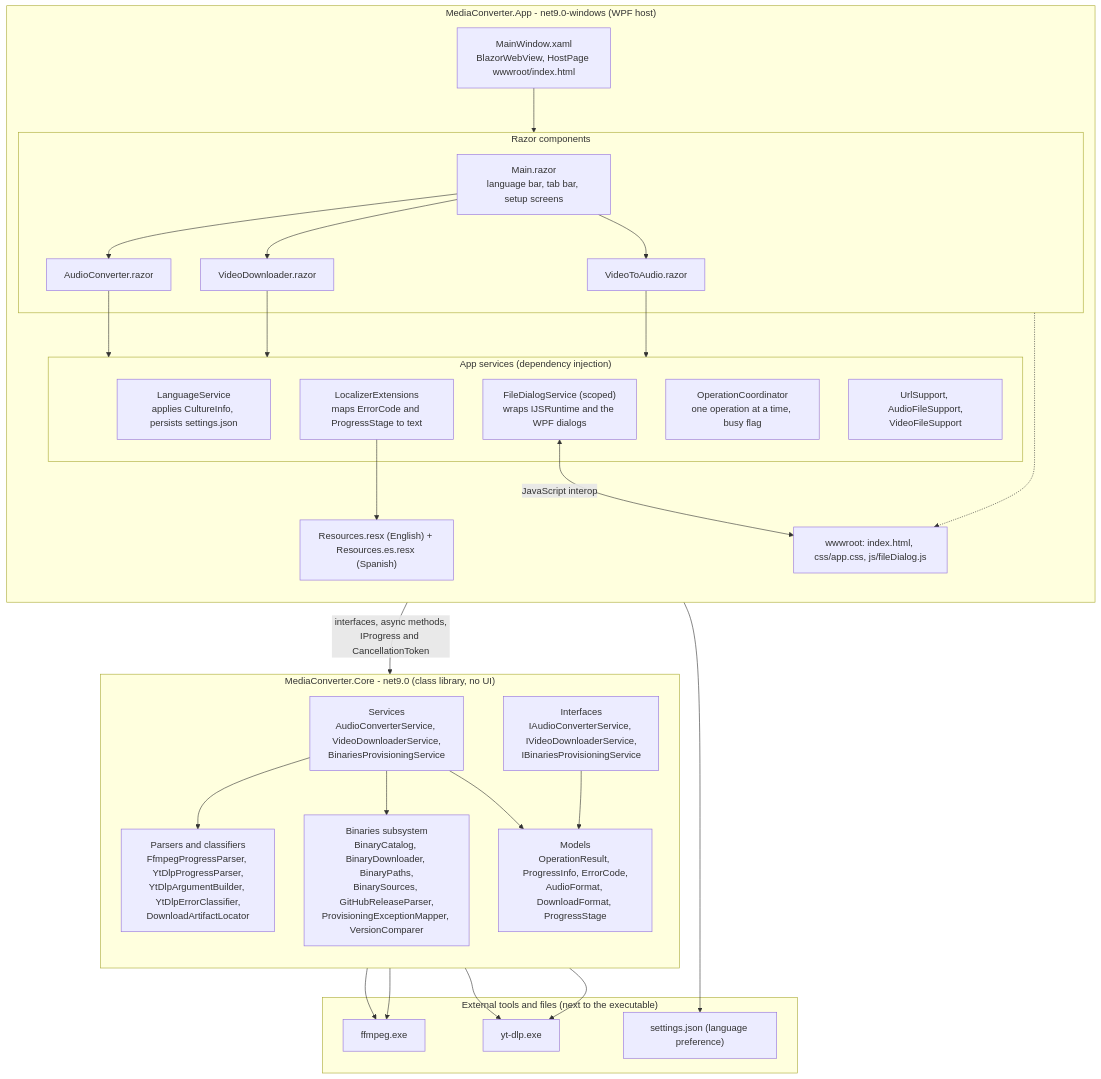
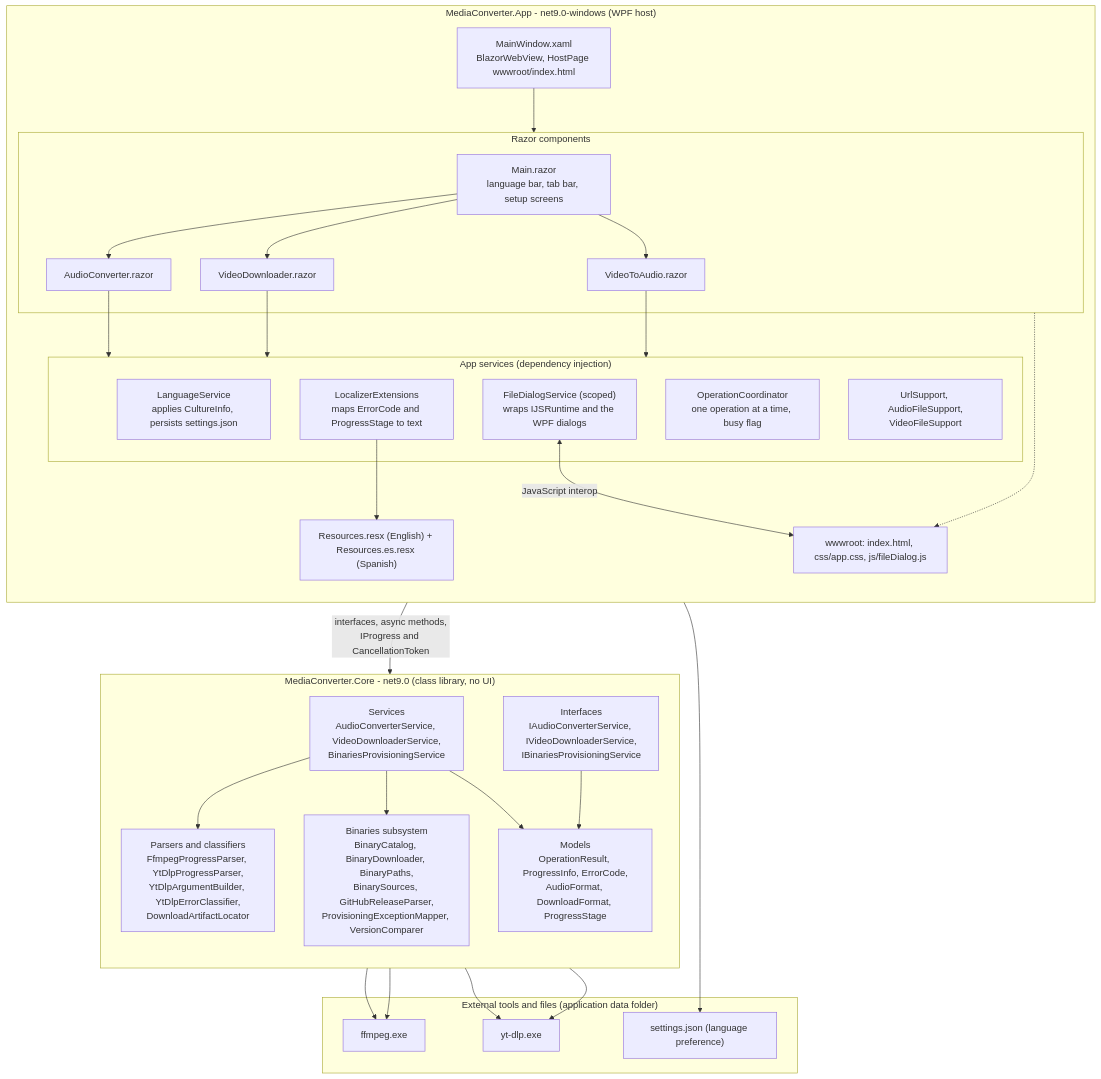
Before and after one commit to Starlord71/Streamlite: the diagram in docs/diagrams/architecture.md, drawn with Mermaid. The commit also changed 24 other files, not shown here.

````diff
--- a/docs/diagrams/architecture.md
+++ b/docs/diagrams/architecture.md
@@ -6,59 +6,59 @@
 ```mermaid
 flowchart TB
     subgraph App["MediaConverter.App - net9.0-windows (WPF host)"]
         direction TB
         Window["MainWindow.xaml<br/>BlazorWebView, HostPage wwwroot/index.html"]
         subgraph Components["Razor components"]
             Main["Main.razor<br/>language bar, tab bar, setup screens"]
             AudioTab["AudioConverter.razor"]
             VideoTab["VideoDownloader.razor"]
             VideoToAudioTab["VideoToAudio.razor"]
         end
         subgraph AppServices["App services (dependency injection)"]
             Language["LanguageService<br/>applies CultureInfo, persists settings.json"]
             Dialogs["FileDialogService (scoped)<br/>wraps IJSRuntime and the WPF dialogs"]
             Coordinator["OperationCoordinator<br/>one operation at a time, busy flag"]
             Validators["UrlSupport, AudioFileSupport,<br/>VideoFileSupport"]
             Localizer["LocalizerExtensions<br/>maps ErrorCode and ProgressStage to text"]
         end
         Resources["Resources.resx (English) + Resources.es.resx (Spanish)"]
         Assets["wwwroot: index.html, css/app.css, js/fileDialog.js"]
     end
 
     subgraph Core["MediaConverter.Core - net9.0 (class library, no UI)"]
         direction TB
         Interfaces["Interfaces<br/>IAudioConverterService, IVideoDownloaderService,<br/>IBinariesProvisioningService"]
         Services["Services<br/>AudioConverterService, VideoDownloaderService,<br/>BinariesProvisioningService"]
         Parsers["Parsers and classifiers<br/>FfmpegProgressParser, YtDlpProgressParser,<br/>YtDlpArgumentBuilder, YtDlpErrorClassifier,<br/>DownloadArtifactLocator"]
         BinarySub["Binaries subsystem<br/>BinaryCatalog, BinaryDownloader, BinaryPaths,<br/>BinarySources, GitHubReleaseParser,<br/>ProvisioningExceptionMapper, VersionComparer"]
         Models["Models<br/>OperationResult, ProgressInfo, ErrorCode,<br/>AudioFormat, DownloadFormat, ProgressStage"]
     end
 
     Window --> Components
     Main --> AudioTab
     Main --> VideoTab
     Main --> VideoToAudioTab
     AudioTab --> AppServices
     VideoTab --> AppServices
     VideoToAudioTab --> AppServices
     Localizer --> Resources
     Components -.-> Assets
     Dialogs <-->|"JavaScript interop"| Assets
 
     App -->|"interfaces, async methods,<br/>IProgress and CancellationToken"| Core
     Services --> Parsers
     Services --> BinarySub
     Interfaces --> Models
     Services --> Models
 
-    subgraph External["External tools and files (next to the executable)"]
+    subgraph External["External tools and files (application data folder)"]
         FFmpeg["ffmpeg.exe"]
         YtDlp["yt-dlp.exe"]
         Settings["settings.json (language preference)"]
     end
     Services --> FFmpeg
     Services --> YtDlp
     BinarySub --> FFmpeg
     BinarySub --> YtDlp
     Language --> Settings
 ```
````
